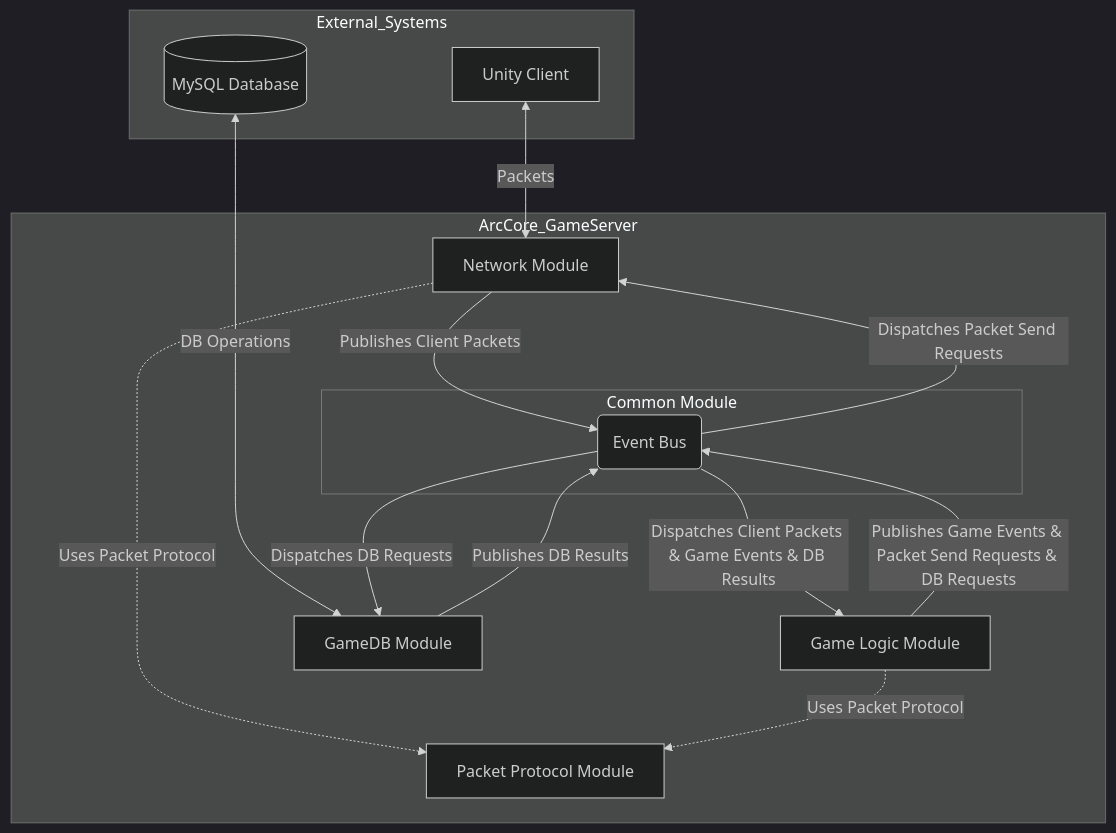
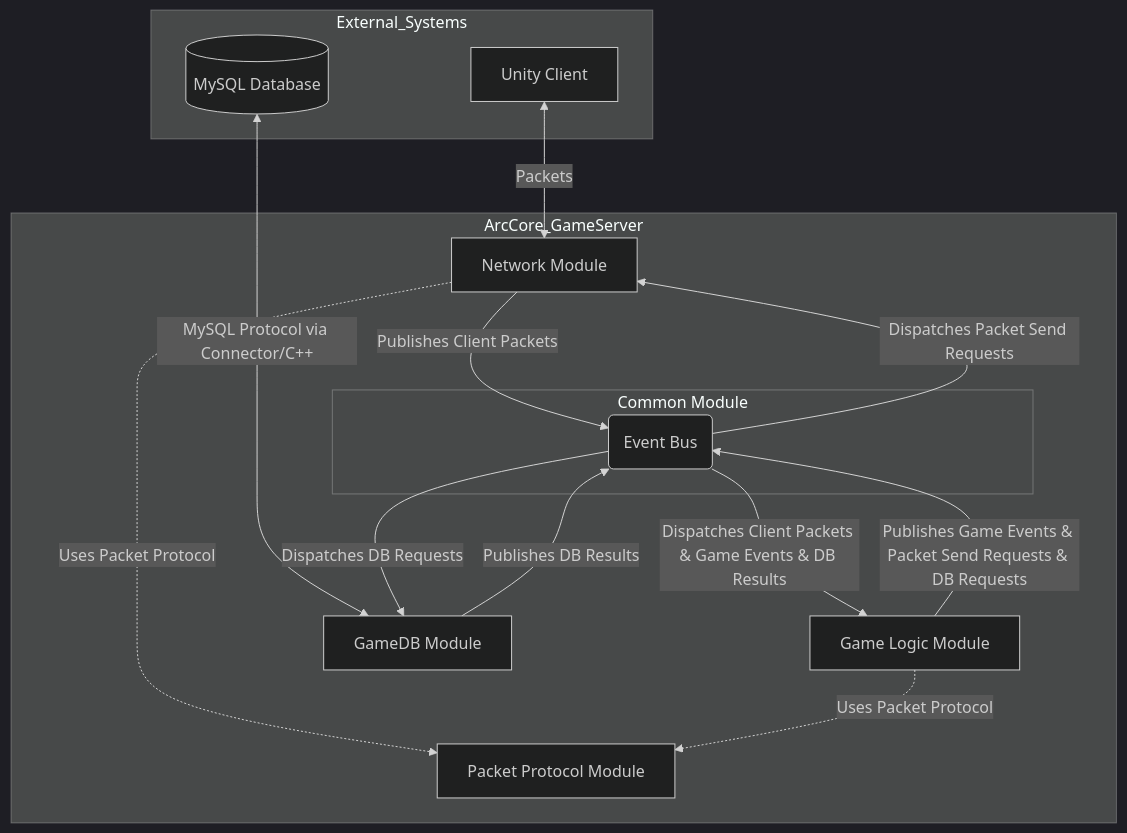
The diagram in Documentation/Architecture_Design.md (nansu0425/ArcCore), drawn with Mermaid (dark theme) before and after one commit.

Commit message:
docs: clarify Database connection method in Architecture_Design.md

````diff
--- a/Documentation/Architecture_Design.md
+++ b/Documentation/Architecture_Design.md
@@ -19,33 +19,33 @@
 ```mermaid
 graph TD
     subgraph External_Systems
         Client[Unity Client]
         Database[(MySQL Database)]
     end
 
     subgraph ArcCore_GameServer
         NetworkModule[Network Module]
         GameLogicModule[Game Logic Module]
         GameDBModule[GameDB Module]
 
         subgraph CommonModule[Common Module]
             EventBus(Event Bus)
         end
 
         PacketProtocolModule[Packet Protocol Module]
     end
 
     Client <-->|Packets| NetworkModule
-    Database <-->|DB Operations| GameDBModule
+    Database <-->|MySQL Protocol via Connector/C++| GameDBModule
 
     NetworkModule -- Publishes Client Packets --> EventBus
     GameLogicModule -- Publishes Game Events & Packet Send Requests & DB Requests --> EventBus
     GameDBModule -- Publishes DB Results --> EventBus
 
     EventBus -- Dispatches Client Packets & Game Events & DB Results --> GameLogicModule
     EventBus -- Dispatches DB Requests --> GameDBModule
     EventBus -- Dispatches Packet Send Requests --> NetworkModule
 
     NetworkModule -.->|Uses Packet Protocol| PacketProtocolModule
     GameLogicModule -.->|Uses Packet Protocol| PacketProtocolModule
 ```
````
